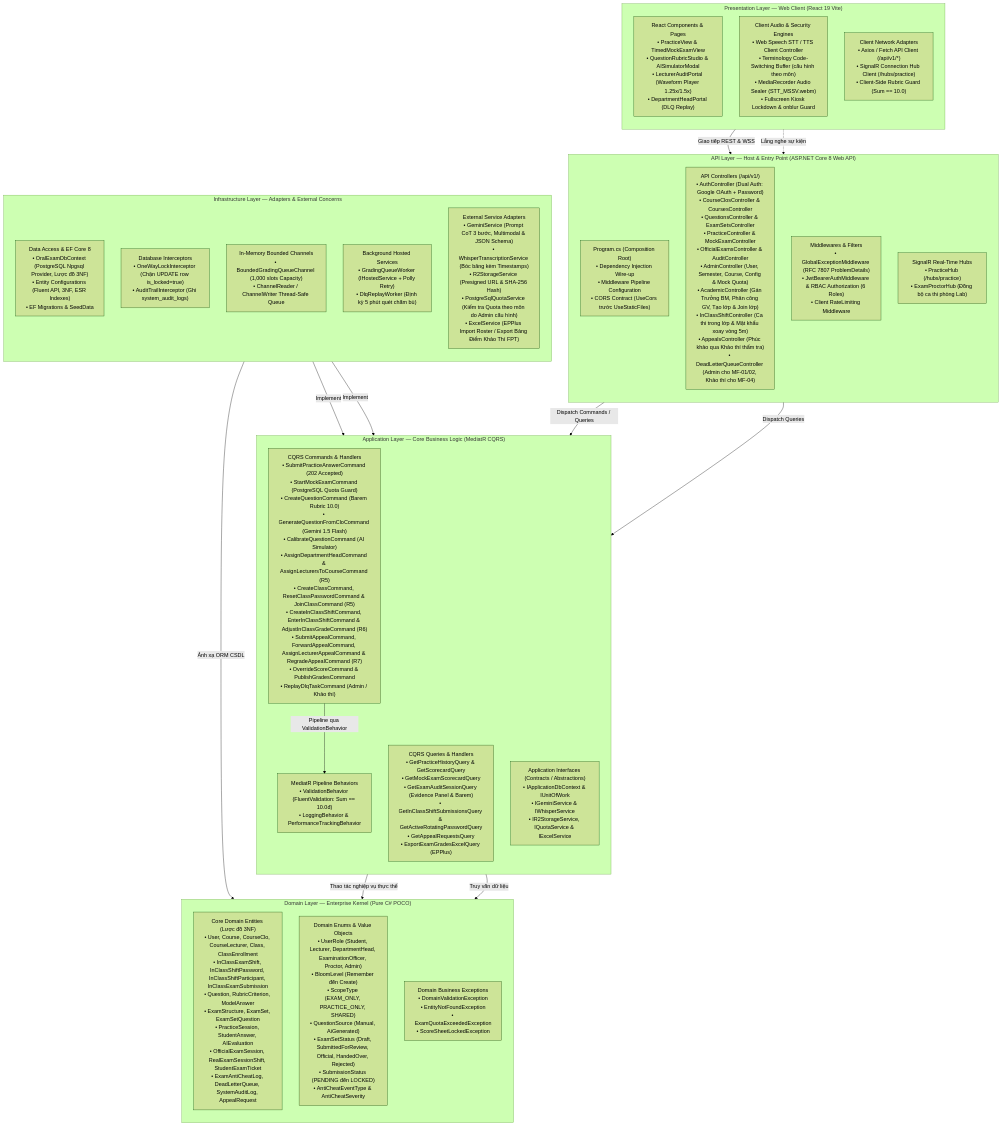
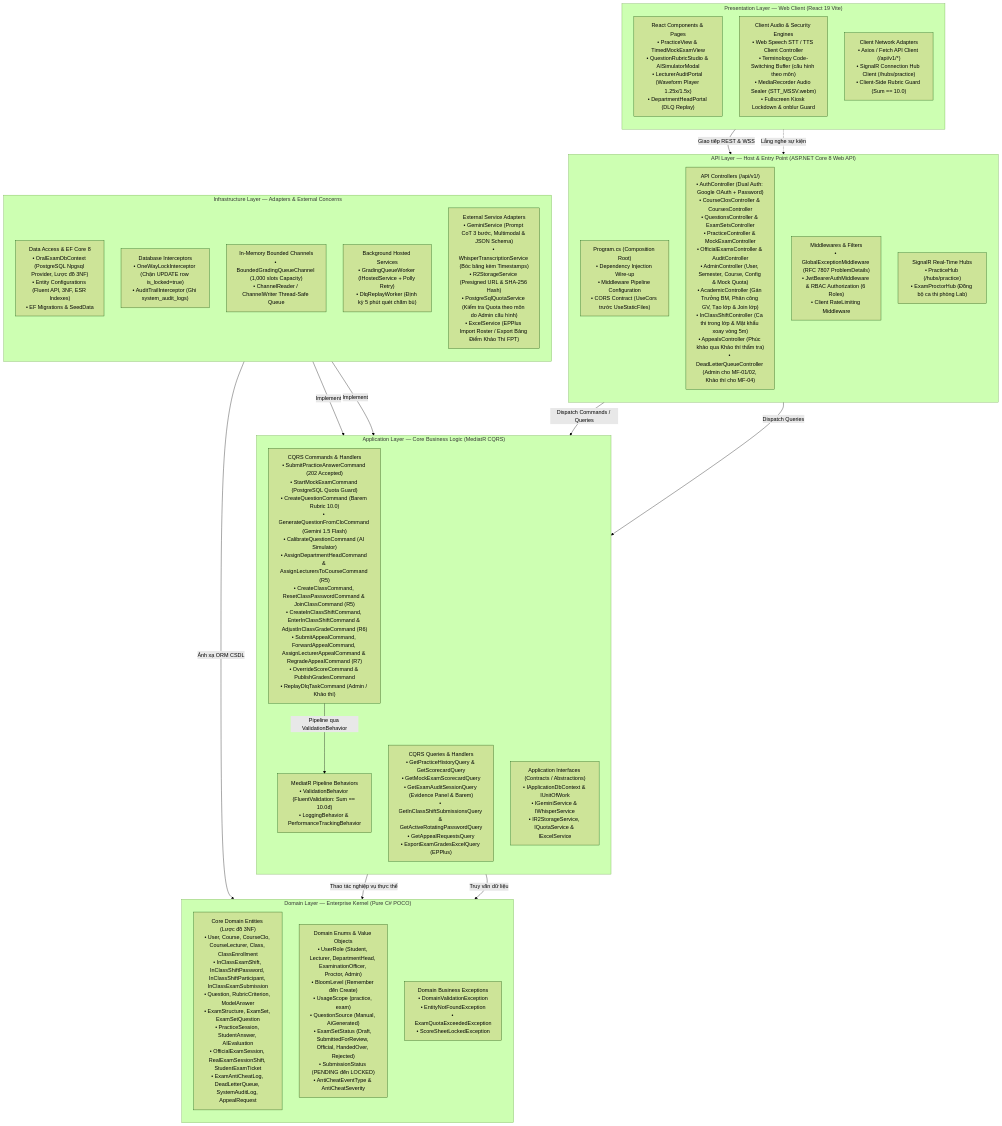
One commit to An-LLM-based-Oral-Examination/oral-exam-system changed the third of 24 diagrams in docs/01_architecture/MASTER_ARCHITECTURE.md. Above: the diagram before and after it, drawn with Mermaid (forest theme). The commit also changed other lines of this file and 23 other files, not shown here.

Commit message:
refactor(question-bank): remove shared/both usage scope to enforce r8 pool isolation and sync report 4 package docs

````diff
--- a/docs/01_architecture/MASTER_ARCHITECTURE.md
+++ b/docs/01_architecture/MASTER_ARCHITECTURE.md
@@ -469,53 +469,53 @@
 ```mermaid
 flowchart TD
     subgraph Layer_Client ["Presentation Layer — Web Client (React 19 Vite)"]
         direction TB
         UI_Components["React Components & Pages<br>• PracticeView & TimedMockExamView<br>• QuestionRubricStudio & AISimulatorModal<br>• LecturerAuditPortal (Waveform Player 1.25x/1.5x)<br>• DepartmentHeadPortal (DLQ Replay)"]
         UI_Audio["Client Audio & Security Engines<br>• Web Speech STT / TTS Client Controller<br>• Terminology Code-Switching Buffer (cấu hình theo môn)<br>• MediaRecorder Audio Sealer (STT_MSSV.webm)<br>• Fullscreen Kiosk Lockdown & onblur Guard"]
         UI_Network["Client Network Adapters<br>• Axios / Fetch API Client (/api/v1/*)<br>• SignalR Connection Hub Client (/hubs/practice)<br>• Client-Side Rubric Guard (Sum == 10.0)"]
     end
 
     subgraph Layer_API ["API Layer — Host & Entry Point (ASP.NET Core 8 Web API)"]
         direction TB
         API_Program["Program.cs (Composition Root)<br>• Dependency Injection Wire-up<br>• Middleware Pipeline Configuration<br>• CORS Contract (UseCors trước UseStaticFiles)"]
         API_Controllers["API Controllers (/api/v1/)<br>• AuthController (Dual Auth: Google OAuth + Password)<br>• CourseClosController & CoursesController<br>• QuestionsController & ExamSetsController<br>• PracticeController & MockExamController<br>• OfficialExamsController & AuditController<br>• AdminController (User, Semester, Course, Config & Mock Quota)<br>• AcademicController (Gán Trưởng BM, Phân công GV, Tạo lớp & Join lớp)<br>• InClassShiftController (Ca thi trong lớp & Mật khẩu xoay vòng 5m)<br>• AppealsController (Phúc khảo qua Khảo thí thẩm tra)<br>• DeadLetterQueueController (Admin cho MF-01/02, Khảo thí cho MF-04)"]
         API_Middleware["Middlewares & Filters<br>• GlobalExceptionMiddleware (RFC 7807 ProblemDetails)<br>• JwtBearerAuthMiddleware & RBAC Authorization (6 Roles)<br>• Client RateLimiting Middleware"]
         API_SignalR["SignalR Real-Time Hubs<br>• PracticeHub (/hubs/practice)<br>• ExamProctorHub (Đồng bộ ca thi phòng Lab)"]
     end
 
     subgraph Layer_App ["Application Layer — Core Business Logic (MediatR CQRS)"]
         direction TB
         App_Commands["CQRS Commands & Handlers<br>• SubmitPracticeAnswerCommand (202 Accepted)<br>• StartMockExamCommand (PostgreSQL Quota Guard)<br>• CreateQuestionCommand (Barem Rubric 10.0)<br>• GenerateQuestionFromCloCommand (Gemini 1.5 Flash)<br>• CalibrateQuestionCommand (AI Simulator)<br>• AssignDepartmentHeadCommand & AssignLecturersToCourseCommand (R5)<br>• CreateClassCommand, ResetClassPasswordCommand & JoinClassCommand (R5)<br>• CreateInClassShiftCommand, EnterInClassShiftCommand & AdjustInClassGradeCommand (R6)<br>• SubmitAppealCommand, ForwardAppealCommand, AssignLecturerAppealCommand & RegradeAppealCommand (R7)<br>• OverrideScoreCommand & PublishGradesCommand<br>• ReplayDlqTaskCommand (Admin / Khảo thí)"]
         App_Queries["CQRS Queries & Handlers<br>• GetPracticeHistoryQuery & GetScorecardQuery<br>• GetMockExamScorecardQuery<br>• GetExamAuditSessionQuery (Evidence Panel & Barem)<br>• GetInClassShiftSubmissionsQuery & GetActiveRotatingPasswordQuery<br>• GetAppealRequestsQuery<br>• ExportExamGradesExcelQuery (EPPlus)"]
         App_Pipeline["MediatR Pipeline Behaviors<br>• ValidationBehavior (FluentValidation: Sum == 10.0đ)<br>• LoggingBehavior & PerformanceTrackingBehavior"]
         App_Interfaces["Application Interfaces (Contracts / Abstractions)<br>• IApplicationDbContext & IUnitOfWork<br>• IGeminiService & IWhisperService<br>• IR2StorageService, IQuotaService & IExcelService"]
     end
 
     subgraph Layer_Infra ["Infrastructure Layer — Adapters & External Concerns"]
         direction TB
         Infra_Persistence["Data Access & EF Core 8<br>• OralExamDbContext (PostgreSQL Npgsql Provider, Lược đồ 3NF)<br>• Entity Configurations (Fluent API, 3NF, ESR Indexes)<br>• EF Migrations & SeedData"]
         Infra_Interceptors["Database Interceptors<br>• OneWayLockInterceptor (Chặn UPDATE row is_locked=true)<br>• AuditTrailInterceptor (Ghi system_audit_logs)"]
         Infra_Channels["In-Memory Bounded Channels<br>• BoundedGradingQueueChannel (1,000 slots Capacity)<br>• ChannelReader / ChannelWriter Thread-Safe Queue"]
         Infra_Workers["Background Hosted Services<br>• GradingQueueWorker (IHostedService + Polly Retry)<br>• DlqReplayWorker (Định kỳ 5 phút quét chấm bù)"]
         Infra_ExternalServices["External Service Adapters<br>• GeminiService (Prompt CoT 3 bước, Multimodal & JSON Schema)<br>• WhisperTranscriptionService (Bóc băng kèm Timestamps)<br>• R2StorageService (Presigned URL & SHA-256 Hash)<br>• PostgreSqlQuotaService (Kiểm tra Quota theo môn do Admin cấu hình)<br>• ExcelService (EPPlus Import Roster / Export Bảng Điểm Khảo Thí FPT)"]
     end
 
     subgraph Layer_Domain ["Domain Layer — Enterprise Kernel (Pure C# POCO)"]
         direction TB
         Domain_Entities["Core Domain Entities (Lược đồ 3NF)<br>• User, Course, CourseClo, CourseLecturer, Class, ClassEnrollment<br>• InClassExamShift, InClassShiftPassword, InClassShiftParticipant, InClassExamSubmission<br>• Question, RubricCriterion, ModelAnswer<br>• ExamStructure, ExamSet, ExamSetQuestion<br>• PracticeSession, StudentAnswer, AIEvaluation<br>• OfficialExamSession, RealExamSessionShift, StudentExamTicket<br>• ExamAntiCheatLog, DeadLetterQueue, SystemAuditLog, AppealRequest"]
-        Domain_Enums["Domain Enums & Value Objects<br>• UserRole (Student, Lecturer, DepartmentHead, ExaminationOfficer, Proctor, Admin)<br>• BloomLevel (Remember đến Create)<br>• ScopeType (EXAM_ONLY, PRACTICE_ONLY, SHARED)<br>• QuestionSource (Manual, AiGenerated)<br>• ExamSetStatus (Draft, SubmittedForReview, Official, HandedOver, Rejected)<br>• SubmissionStatus (PENDING đến LOCKED)<br>• AntiCheatEventType & AntiCheatSeverity"]
+        Domain_Enums["Domain Enums & Value Objects<br>• UserRole (Student, Lecturer, DepartmentHead, ExaminationOfficer, Proctor, Admin)<br>• BloomLevel (Remember đến Create)<br>• UsageScope (practice, exam)<br>• QuestionSource (Manual, AiGenerated)<br>• ExamSetStatus (Draft, SubmittedForReview, Official, HandedOver, Rejected)<br>• SubmissionStatus (PENDING đến LOCKED)<br>• AntiCheatEventType & AntiCheatSeverity"]
         Domain_Exceptions["Domain Business Exceptions<br>• DomainValidationException<br>• EntityNotFoundException<br>• ExamQuotaExceededException<br>• ScoreSheetLockedException"]
     end
 
     %% Dependency Arrows
     UI_Network -->|Giao tiếp REST & WSS| API_Controllers
     UI_Network -.->|Lắng nghe sự kiện| API_SignalR
     API_Controllers -->|Dispatch Commands / Queries| App_Commands
     API_Controllers -->|Dispatch Queries| App_Queries
     App_Commands -->|Pipeline qua ValidationBehavior| App_Pipeline
     Infra_Persistence -->|Implement| App_Interfaces
     Infra_ExternalServices -->|Implement| App_Interfaces
     App_Commands -->|Thao tác nghiệp vụ thực thể| Domain_Entities
     App_Queries -->|Truy vấn dữ liệu| Domain_Entities
     Infra_Persistence -->|Ánh xạ ORM CSDL| Domain_Entities
 ```
````
